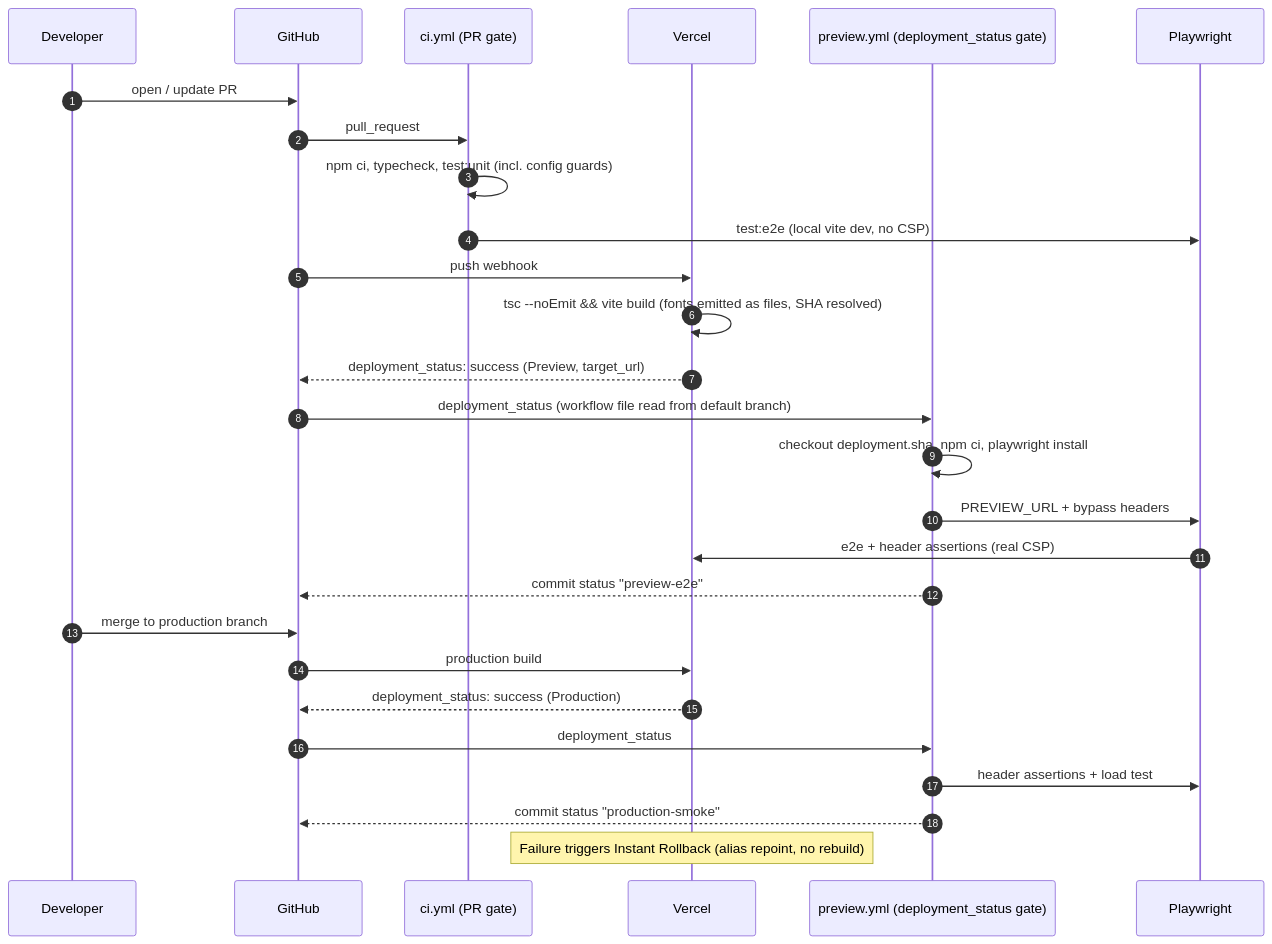
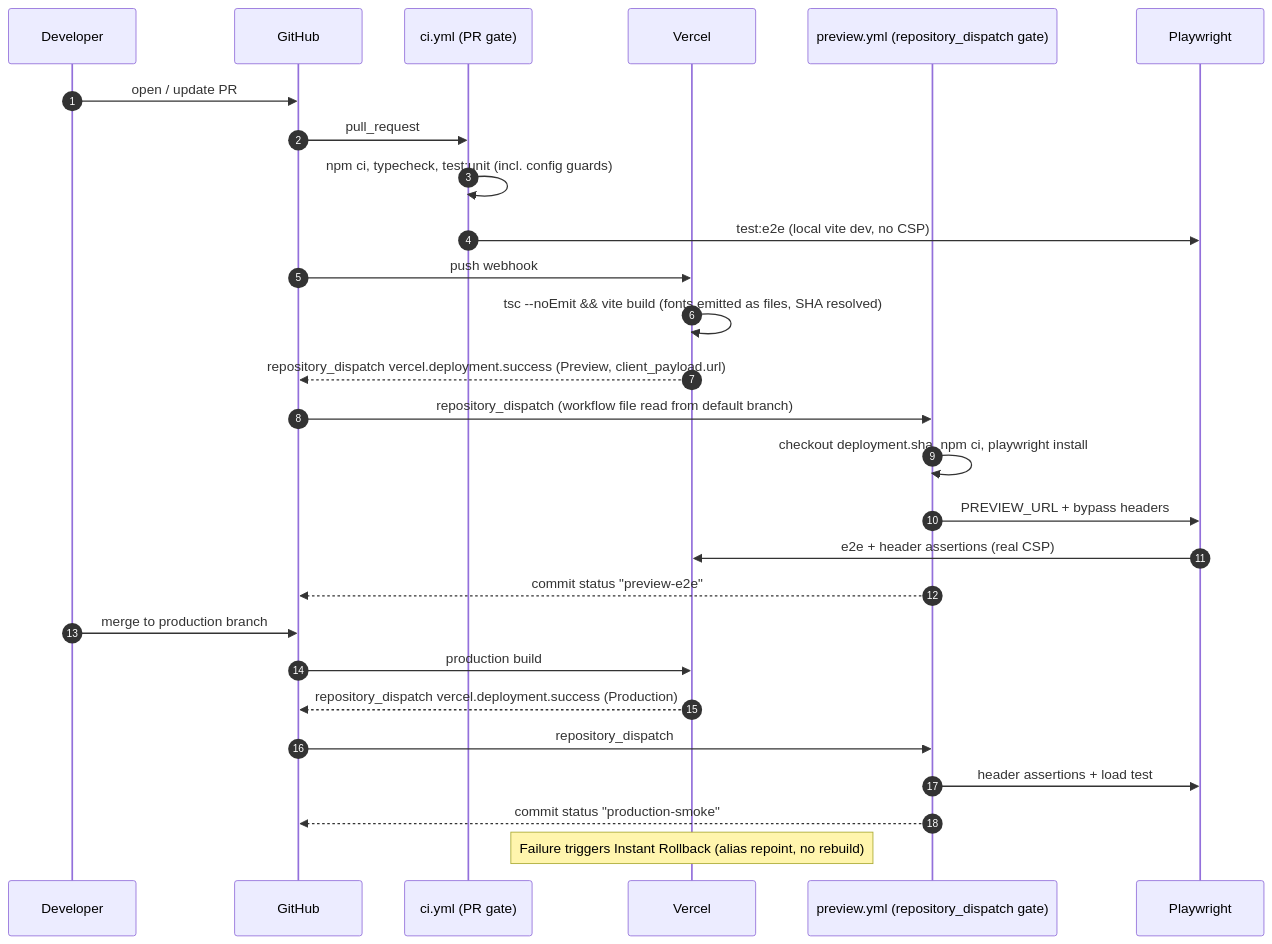
Before and after one commit to slowbutfast/portfolio: the diagram in openspec/changes/vercel-preview-gating/architecture.md, drawn with Mermaid. The commit also changed other lines of this file and 8 other files, not shown here.

First line of the commit message:
docs(deploy): switch deployment gate to Vercel repository_dispatch

````diff
--- a/openspec/changes/vercel-preview-gating/architecture.md
+++ b/openspec/changes/vercel-preview-gating/architecture.md
@@ -18,30 +18,30 @@
 ```mermaid
 sequenceDiagram
     autonumber
     participant Dev as Developer
     participant GH as GitHub
     participant CI as ci.yml (PR gate)
     participant V as Vercel
-    participant DG as preview.yml (deployment_status gate)
+    participant DG as preview.yml (repository_dispatch gate)
     participant PW as Playwright
 
     Dev->>GH: open / update PR
     GH->>CI: pull_request
     CI->>CI: npm ci, typecheck, test:unit (incl. config guards)
     CI->>PW: test:e2e (local vite dev, no CSP)
     GH->>V: push webhook
     V->>V: tsc --noEmit && vite build (fonts emitted as files, SHA resolved)
-    V-->>GH: deployment_status: success (Preview, target_url)
-    GH->>DG: deployment_status (workflow file read from default branch)
+    V-->>GH: repository_dispatch vercel.deployment.success (Preview, client_payload.url)
+    GH->>DG: repository_dispatch (workflow file read from default branch)
     DG->>DG: checkout deployment.sha, npm ci, playwright install
     DG->>PW: PREVIEW_URL + bypass headers
     PW->>V: e2e + header assertions (real CSP)
     DG-->>GH: commit status "preview-e2e"
     Dev->>GH: merge to production branch
     GH->>V: production build
-    V-->>GH: deployment_status: success (Production)
-    GH->>DG: deployment_status
+    V-->>GH: repository_dispatch vercel.deployment.success (Production)
+    GH->>DG: repository_dispatch
     DG->>PW: header assertions + load test
     DG-->>GH: commit status "production-smoke"
     Note over V: Failure triggers Instant Rollback (alias repoint, no rebuild)
 ```
````
